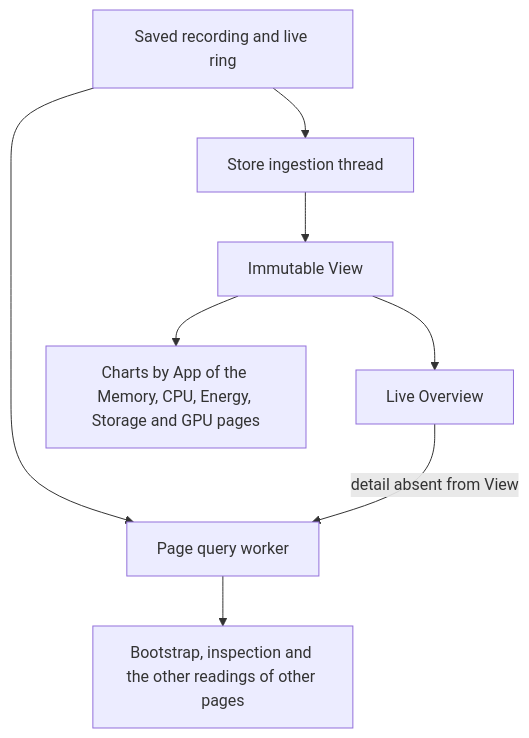
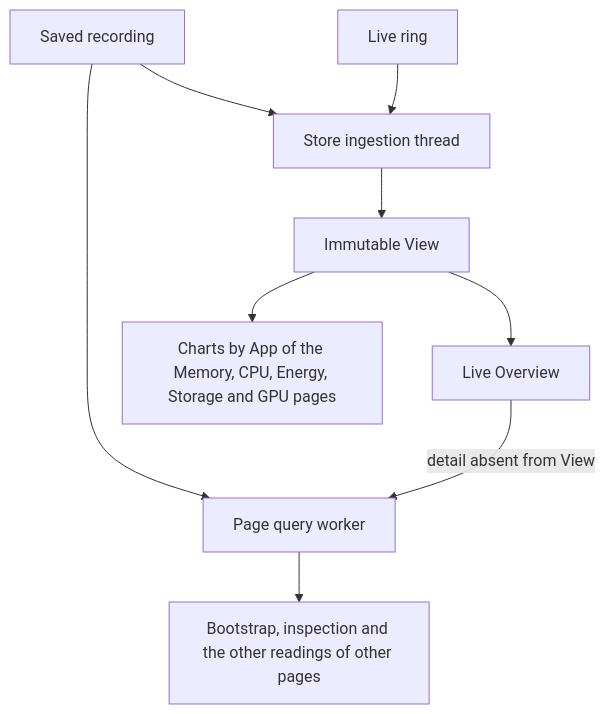
Before and after one commit to joaofnds/flightdeck: the second of 3 diagrams in docs/architecture.md, drawn with Mermaid. The commit also changed other lines of this file and 13 other files, not shown here.

````diff
--- a/docs/architecture.md
+++ b/docs/architecture.md
@@ -122,10 +122,11 @@
 ```mermaid
 flowchart TD
-    Sources[Saved recording and live ring] --> Store[Store ingestion thread]
-    Sources --> Worker[Page query worker]
+    Saved[Saved recording] --> Store[Store ingestion thread]
+    Ring[Live ring] --> Store
+    Saved --> Worker[Page query worker]
     Store --> View[Immutable View]
     View --> Overview[Live Overview]
     View --> AppCharts[Charts by App of the Memory, CPU, Energy, Storage and GPU pages]
     Worker --> Pages[Bootstrap, inspection and the other readings of other pages]
     Overview -->|detail absent from View| Worker
 ```
````
